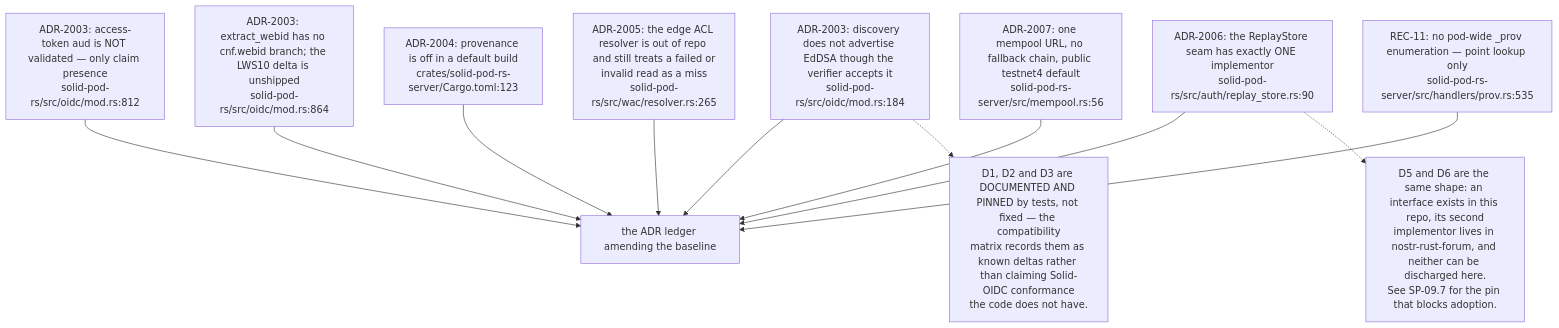
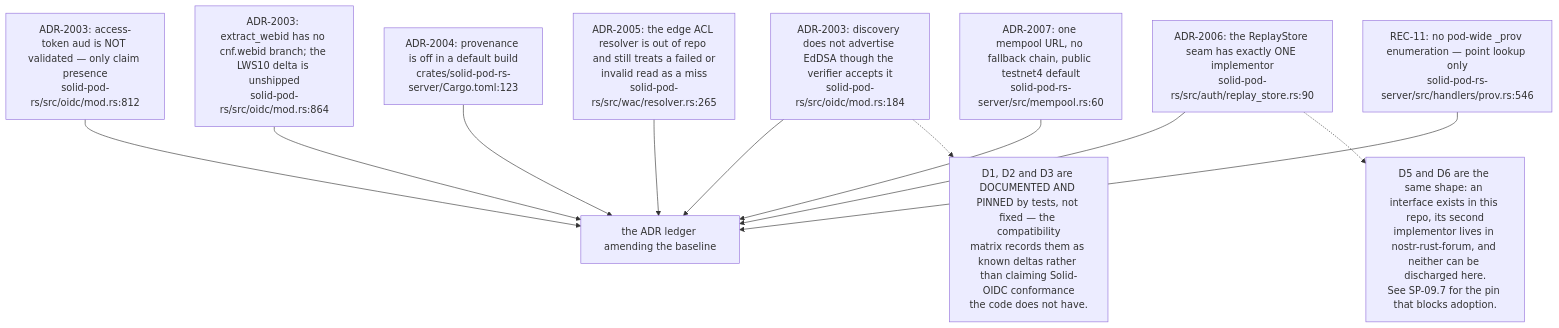
The sixth of 12 diagrams in docs/diagrams/solid-pod-rs/10-failure-modes-and-invariants.md (DreamLab-AI/VisionFlow), drawn with Mermaid before and after one commit. The commit also changed other lines of this file and 26 other files, not shown here.

First line of the commit message:
docs(diagrams): re-verify solid-pod-rs, nostr-rust-forum and visionclaw 22/36 against HEAD

````diff
--- a/docs/diagrams/solid-pod-rs/10-failure-modes-and-invariants.md
+++ b/docs/diagrams/solid-pod-rs/10-failure-modes-and-invariants.md
@@ -171,25 +171,25 @@
 ```mermaid
 flowchart TD
     D1["ADR-2003: access-token aud is NOT validated — only claim presence<br/>solid-pod-rs/src/oidc/mod.rs:812"]
     D2["ADR-2003: extract_webid has no cnf.webid branch; the LWS10 delta is unshipped<br/>solid-pod-rs/src/oidc/mod.rs:864"]
     D3["ADR-2003: discovery does not advertise EdDSA though the verifier accepts it<br/>solid-pod-rs/src/oidc/mod.rs:184"]
     D4["ADR-2004: provenance is off in a default build<br/>crates/solid-pod-rs-server/Cargo.toml:123"]
     D5["ADR-2005: the edge ACL resolver is out of repo and still treats a failed or<br/>invalid read as a miss<br/>solid-pod-rs/src/wac/resolver.rs:265"]
     D6["ADR-2006: the ReplayStore seam has exactly ONE implementor<br/>solid-pod-rs/src/auth/replay_store.rs:90"]
-    D7["ADR-2007: one mempool URL, no fallback chain, public testnet4 default<br/>solid-pod-rs-server/src/mempool.rs:56"]
-    D8["REC-11: no pod-wide _prov enumeration — point lookup only<br/>solid-pod-rs-server/src/handlers/prov.rs:535"]
+    D7["ADR-2007: one mempool URL, no fallback chain, public testnet4 default<br/>solid-pod-rs-server/src/mempool.rs:60"]
+    D8["REC-11: no pod-wide _prov enumeration — point lookup only<br/>solid-pod-rs-server/src/handlers/prov.rs:546"]
 
     D1 --> LEDGER["the ADR ledger amending the baseline"]
     D2 --> LEDGER
     D3 --> LEDGER
     D4 --> LEDGER
     D5 --> LEDGER
     D6 --> LEDGER
     D7 --> LEDGER
     D8 --> LEDGER
 
     N["D1, D2 and D3 are DOCUMENTED AND PINNED by tests, not fixed — the compatibility<br/>matrix records them as known deltas rather than claiming Solid-OIDC conformance<br/>the code does not have."]
     D3 -.-> N
     N2["D5 and D6 are the same shape: an interface exists in this repo, its second<br/>implementor lives in nostr-rust-forum, and neither can be discharged here.<br/>See SP-09.7 for the pin that blocks adoption."]
     D6 -.-> N2
 ```
````
